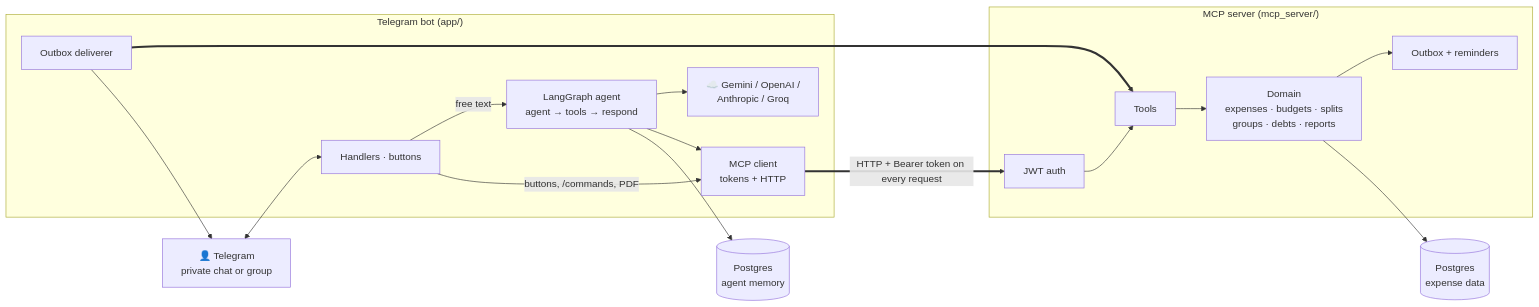
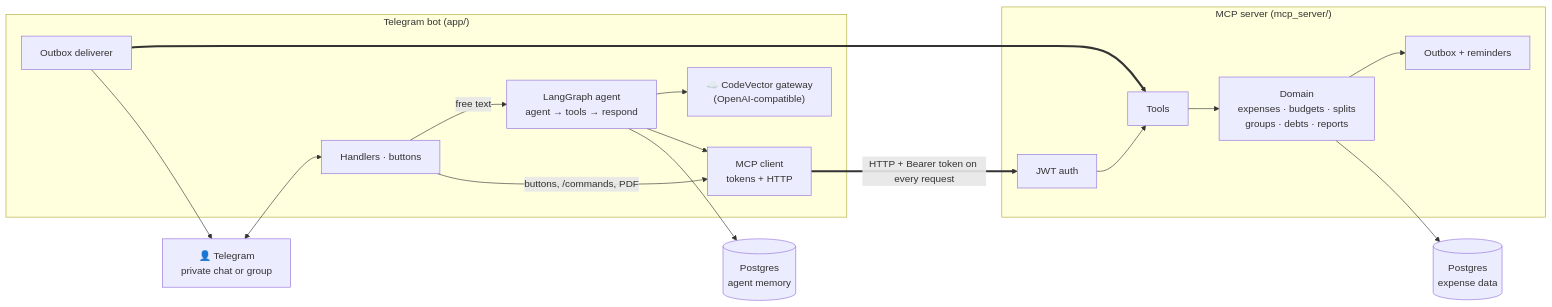
The diagram in README.md (yeturu-surya-fission/Expense_Tracker), drawn with Mermaid before and after one commit. The commit also changed other lines of this file and 7 other files, not shown here.

````diff
--- a/README.md
+++ b/README.md
@@ -86,20 +120,20 @@
 ```mermaid
 flowchart LR
     U["👤 Telegram<br/>private chat or group"] <--> BOT
     subgraph BOTSVC["Telegram bot (app/)"]
         BOT["Handlers · buttons"] -->|"free text"| AG["LangGraph agent<br/>agent → tools → respond"]
-        AG --> LLM["☁️ Gemini / OpenAI /<br/>Anthropic / Groq"]
+        AG --> LLM["☁️ CodeVector gateway<br/>(OpenAI-compatible)"]
         BOT -->|"buttons, /commands, PDF"| CLI
         AG --> CLI["MCP client<br/>tokens + HTTP"]
         OUT["Outbox deliverer"]
     end
     subgraph MCPSVC["MCP server (mcp_server/)"]
         AUTH["JWT auth"] --> TOOLS["Tools"] --> DOM["Domain<br/>expenses · budgets · splits<br/>groups · debts · reports"]
         DOM --> OBX["Outbox + reminders"]
     end
     CLI ==>|"HTTP + Bearer token on every request"| AUTH
     OUT ==> TOOLS
     OUT --> U
     DOM --> DB1[("Postgres<br/>expense data")]
     AG --> DB2[("Postgres<br/>agent memory")]
 ```
````
